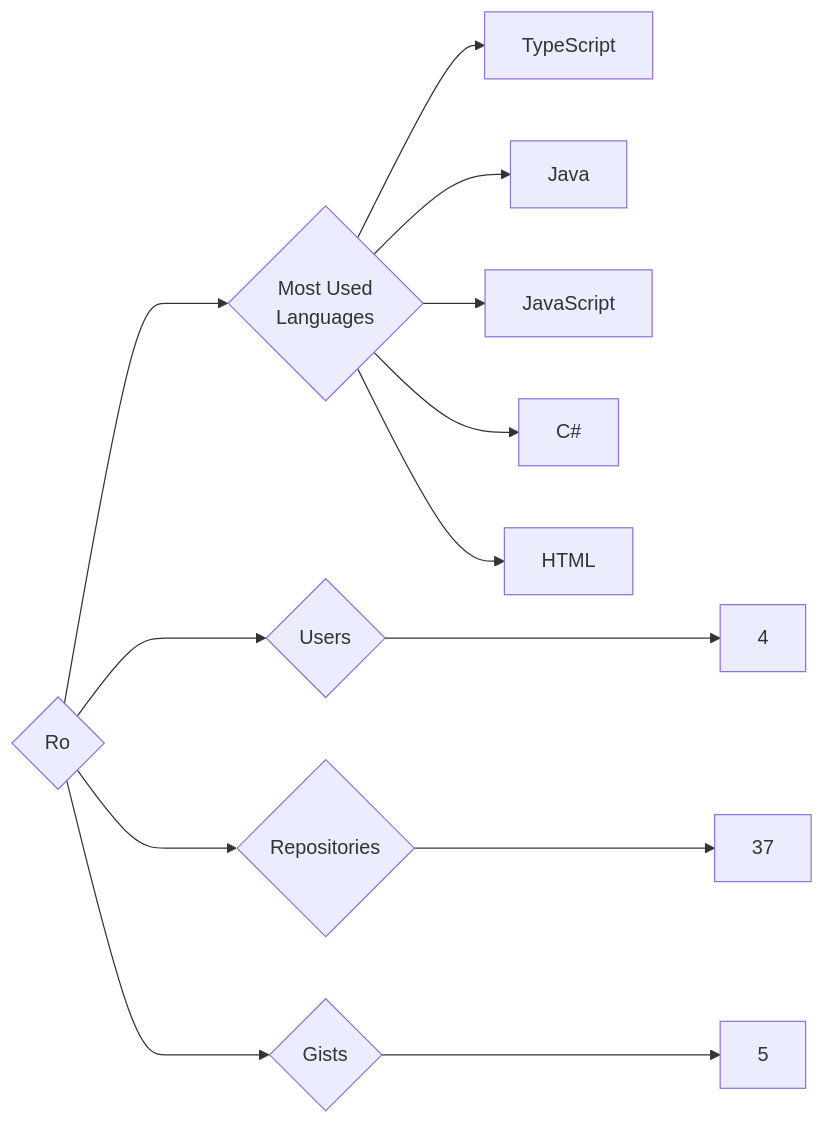
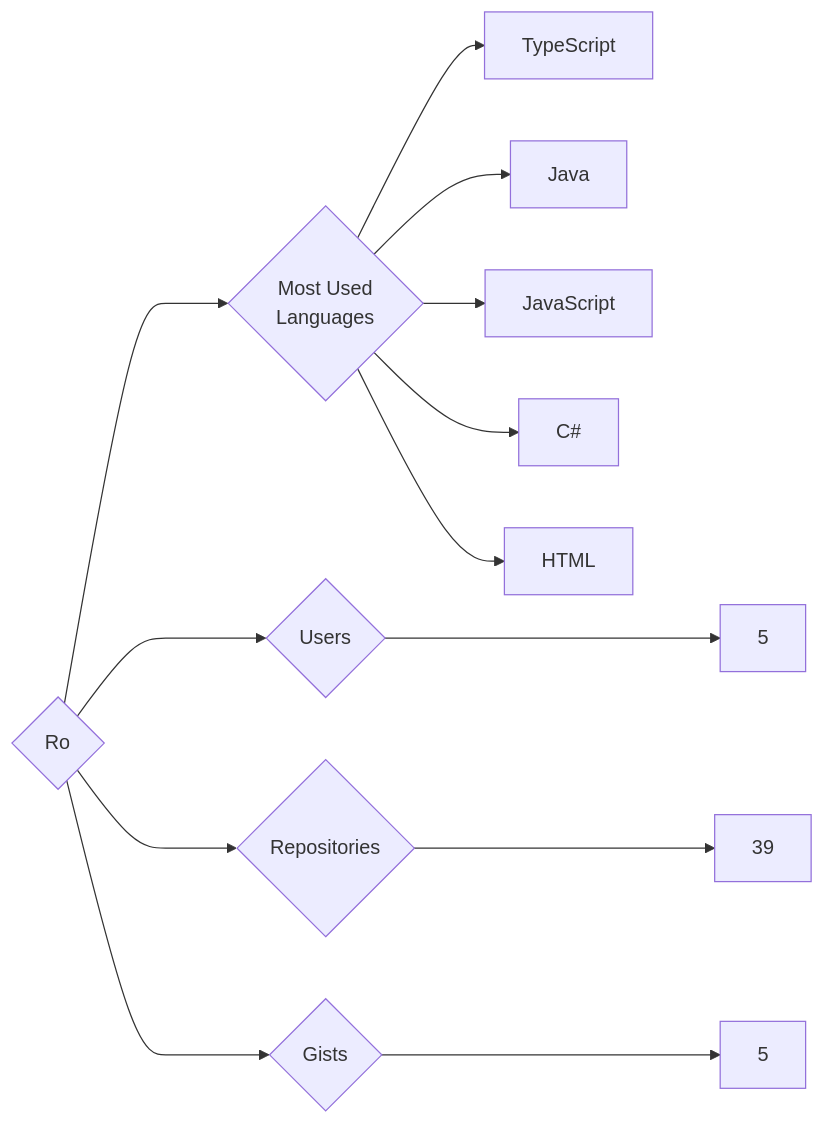
The diagram in targets/Ro/README.md (trickest/insiders), drawn with Mermaid before and after one commit. The commit also changed 1496 other files, not shown here.

````diff
--- a/targets/Ro/README.md
+++ b/targets/Ro/README.md
@@ -3,13 +3,13 @@
 ```mermaid
 graph LR
 COMPANY_NAME{Ro}
-COMPANY_NAME ---> U{Users} ---> UN[4]
-COMPANY_NAME ---> R{Repositories} ---> RN[37]
+COMPANY_NAME ---> U{Users} ---> UN[5]
+COMPANY_NAME ---> R{Repositories} ---> RN[39]
 COMPANY_NAME ---> G{Gists} ---> GN[5]
 COMPANY_NAME ---> ML{Most Used<br>Languages}
 ML --> TypeScript[TypeScript]
 ML --> Java[Java]
 ML --> JavaScript[JavaScript]
 ML --> C#[C#]
 ML --> HTML[HTML]
 ```
````
